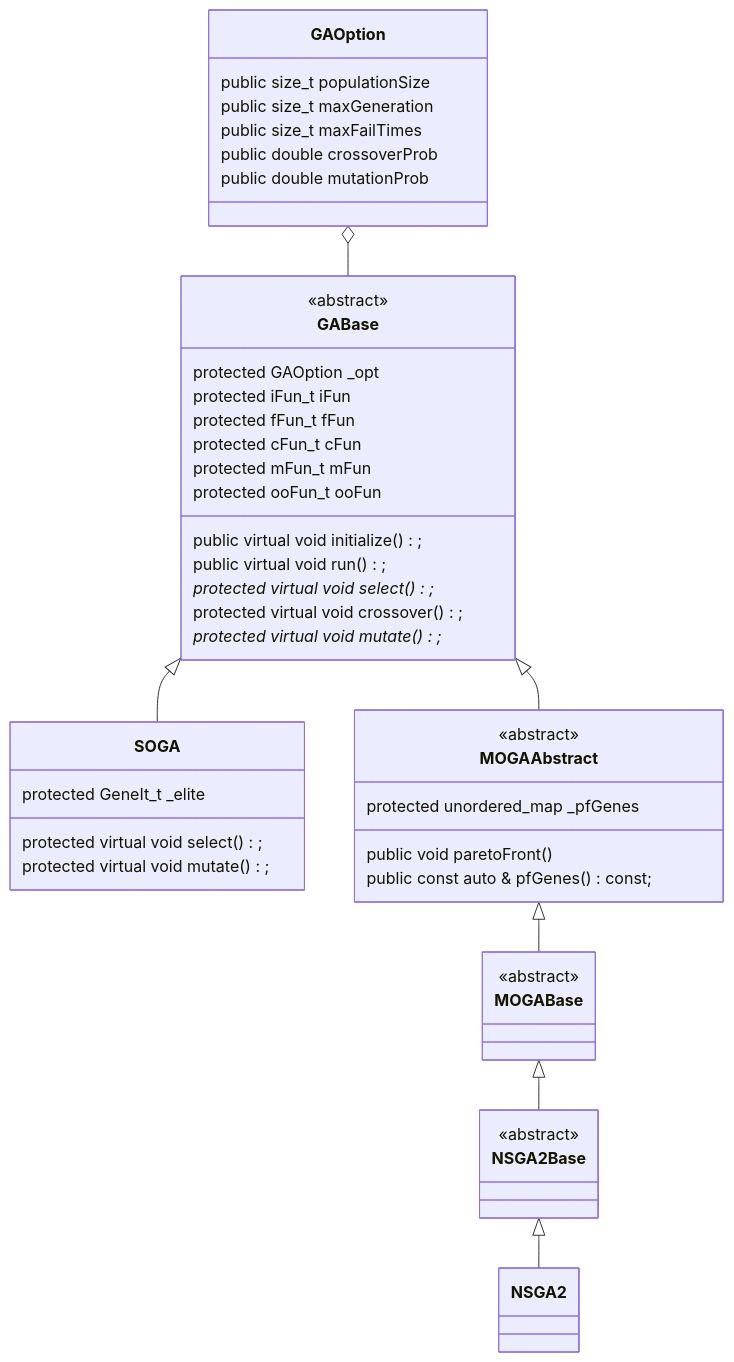
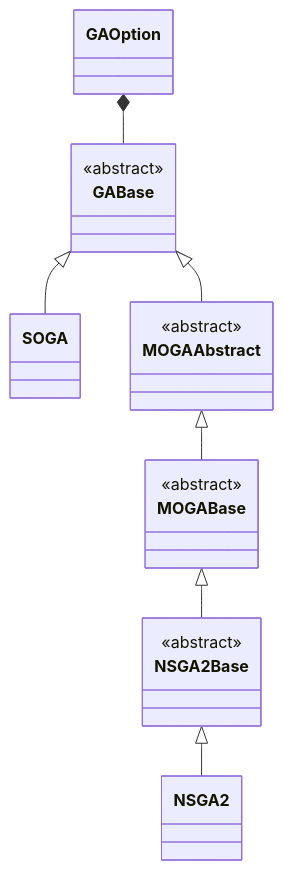
The diagram in docs/Genetic.md (ToKiNoBug/HeuristicFlow), drawn with Mermaid before and after one commit.

Commit message:
delete members

````diff
--- a/docs/Genetic.md
+++ b/docs/Genetic.md
@@ -18,56 +18,34 @@
 ```mermaid
 classDiagram
 
-class GAOption {
-    public size_t populationSize
-    public size_t maxGeneration
-    public size_t maxFailTimes
-    public double crossoverProb
-    public double mutationProb
-}
+class GAOption 
 
 class GABase {
     <<abstract>>
-    protected GAOption _opt
-    protected iFun_t iFun
-    protected fFun_t fFun
-    protected cFun_t cFun
-    protected mFun_t mFun
-    protected ooFun_t ooFun
-    public virtual void initialize();
-    public virtual void run();
-    protected virtual void select()*;
-    protected virtual void crossover();
-    protected virtual void mutate()*;
 
 }
 
-class SOGA {
-    protected GeneIt_t _elite
-    protected virtual void select();
-    protected virtual void mutate();
-}
+class SOGA 
 
 class MOGAAbstract {
     <<abstract>>
-    public void paretoFront()
-    public const auto & pfGenes()const;
-    protected unordered_map _pfGenes
 }
 
 class MOGABase {
     <<abstract>>
 }
 
 class NSGA2Base {
     <<abstract>>
 }
 
-GAOption o-- GABase
+class NSGA2
+
+GAOption *-- GABase
 GABase <|-- SOGA
 GABase <|-- MOGAAbstract
 MOGAAbstract <|-- MOGABase
 MOGABase <|-- NSGA2Base
 NSGA2Base <|-- NSGA2
 
 ```
````
